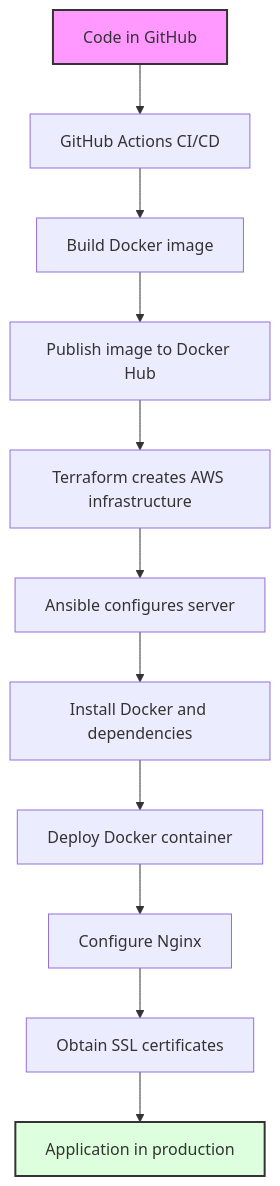
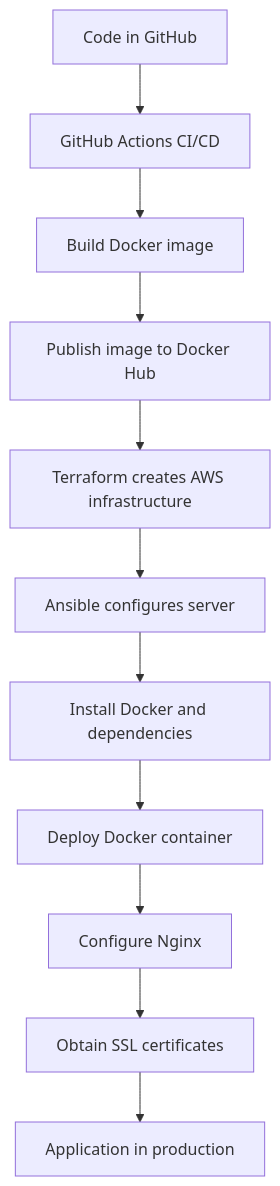
One commit to Dylalva/TeenSmartInsight changed the third of 4 diagrams in docs/WORKFLOW_DIAGRAM.md. Above: the diagram before and after it, drawn with Mermaid. The commit also changed other lines of this file and 5 other files, not shown here.

````diff
--- a/docs/WORKFLOW_DIAGRAM.md
+++ b/docs/WORKFLOW_DIAGRAM.md
@@ -54,16 +46,13 @@
 ```mermaid
 flowchart TD
     A[Code in GitHub] --> B[GitHub Actions CI/CD]
     B --> C[Build Docker image]
     C --> D[Publish image to Docker Hub]
     D --> E[Terraform creates AWS infrastructure]
     E --> F[Ansible configures server]
     F --> G[Install Docker and dependencies]
     G --> H[Deploy Docker container]
     H --> I[Configure Nginx]
     I --> J[Obtain SSL certificates]
     J --> K[Application in production]
-    
-    style A fill:#f9f,stroke:#333,stroke-width:2px
-    style K fill:#dfd,stroke:#333,stroke-width:2px
 ```
````
